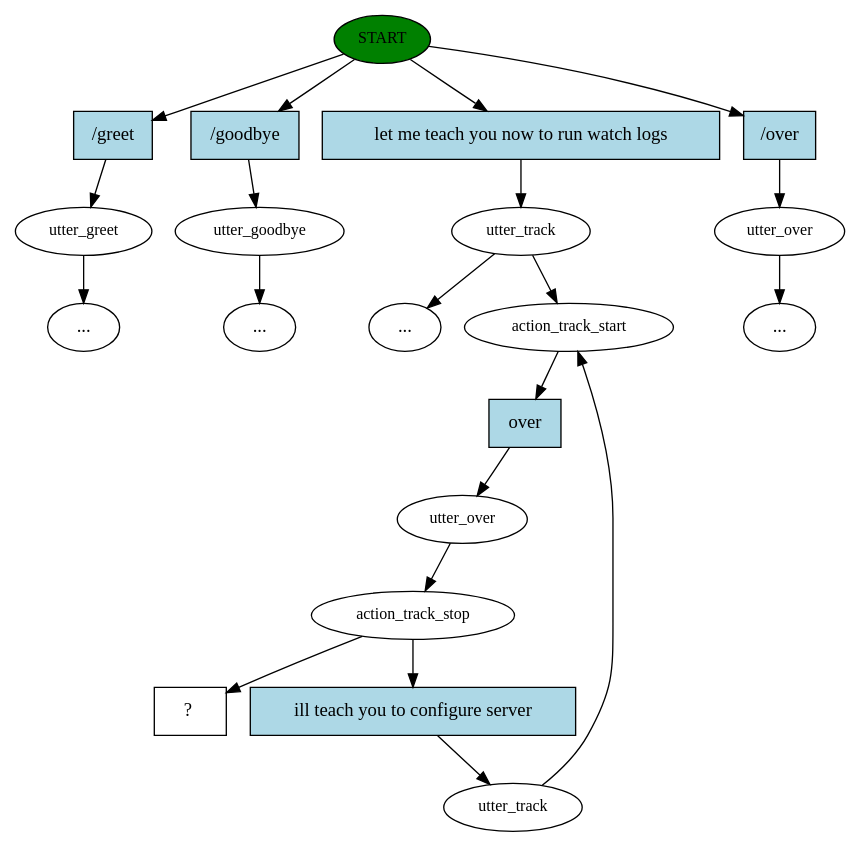
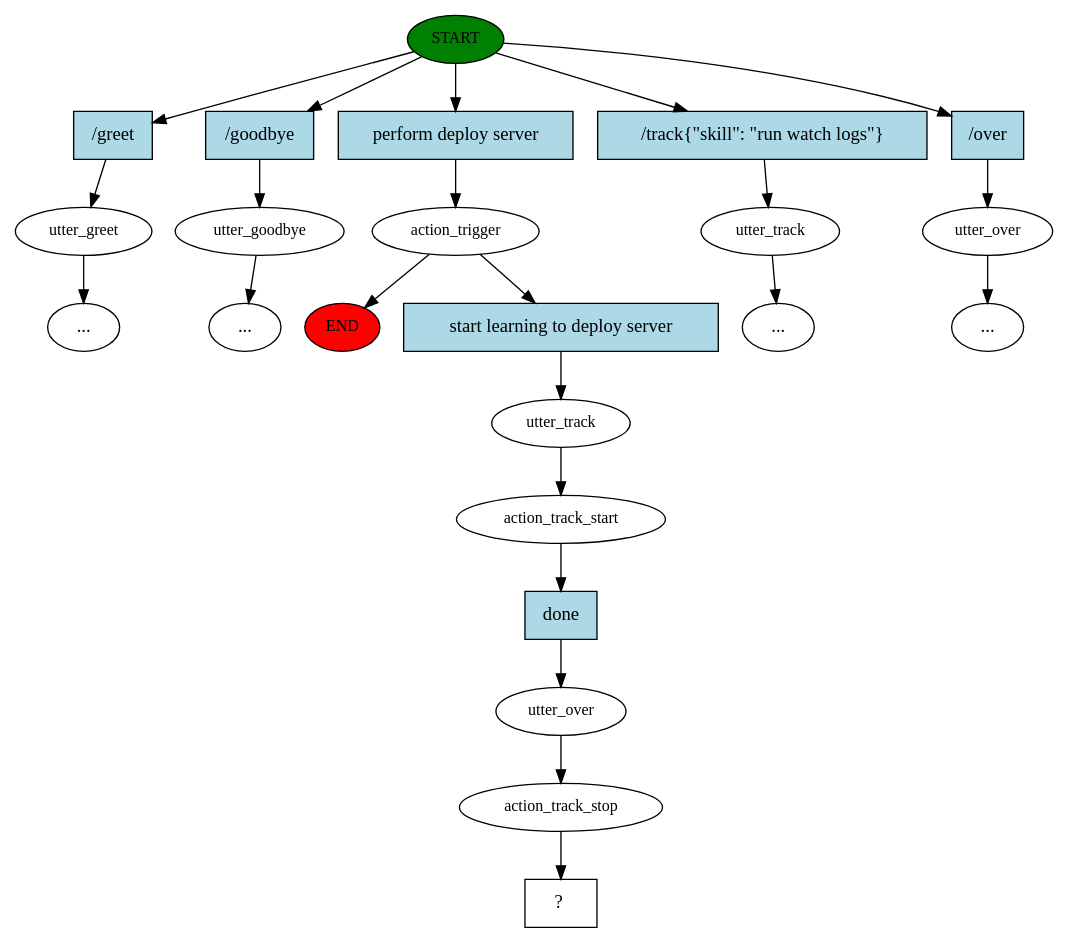
Before and after one commit to Anirudh58/effithon_chatbot: the diagram in story_graph.dot, drawn with Graphviz. The commit also changed 5 other files, not shown here.

```diff
--- a/story_graph.dot
+++ b/story_graph.dot
@@ -1,42 +1,47 @@
 digraph  {
 0 [class="start active", fillcolor=green, fontsize=12, label=START, style=filled];
+"-1" [class=end, fillcolor=red, fontsize=12, label=END, style=filled];
 1 [class="", fontsize=12, label=utter_greet];
 4 [class="", fontsize=12, label=utter_goodbye];
 "-6" [class=ellipsis, label="..."];
-5 [class=active, fontsize=12, label=utter_track];
-"-7" [class=ellipsis, label="..."];
-6 [class="", fontsize=12, label=utter_over];
+5 [class=active, fontsize=12, label=action_trigger];
+6 [class="", fontsize=12, label=utter_track];
+7 [class="", fontsize=12, label=utter_over];
 "-8" [class=ellipsis, label="..."];
 "-9" [class=ellipsis, label="..."];
-9 [class=active, fontsize=12, label=action_track_start];
-10 [class=active, fontsize=12, label=utter_over];
-11 [class=active, fontsize=12, label=action_track_stop];
-12 [class=active, fontsize=12, label=utter_track];
-16 [class="intent dashed active", label="  ?  ", shape=rect];
-17 [class=intent, fillcolor=lightblue, label="/greet", shape=rect, style=filled];
-18 [class=intent, fillcolor=lightblue, label="/goodbye", shape=rect, style=filled];
-19 [class="intent active", fillcolor=lightblue, label="let\ me\ teach\ you\ now\ to\ run\ watch\ logs", shape=rect, style=filled];
+"-10" [class=ellipsis, label="..."];
+11 [class=active, fontsize=12, label=utter_track];
+12 [class=active, fontsize=12, label=action_track_start];
+13 [class=active, fontsize=12, label=utter_over];
+14 [class=active, fontsize=12, label=action_track_stop];
+15 [class="intent dashed active", label="  ?  ", shape=rect];
+16 [class=intent, fillcolor=lightblue, label="/greet", shape=rect, style=filled];
+17 [class=intent, fillcolor=lightblue, label="/goodbye", shape=rect, style=filled];
+18 [class="intent active", fillcolor=lightblue, label="perform\ deploy\ server", shape=rect, style=filled];
+19 [class=intent, fillcolor=lightblue, label="/track\{\"skill\":\ \"run\ watch\ logs\"\}", shape=rect, style=filled];
 20 [class=intent, fillcolor=lightblue, label="/over", shape=rect, style=filled];
-21 [class="intent active", fillcolor=lightblue, label=over, shape=rect, style=filled];
-22 [class="intent active", fillcolor=lightblue, label="ill\ teach\ you\ to\ configure\ server", shape=rect, style=filled];
+21 [class="intent active", fillcolor=lightblue, label="start\ learning\ to\ deploy\ server", shape=rect, style=filled];
+22 [class="intent active", fillcolor=lightblue, label=done, shape=rect, style=filled];
+0 -> 16  [class="", key=0];
 0 -> 17  [class="", key=0];
-0 -> 18  [class="", key=0];
-0 -> 19  [class=active, key=0];
+0 -> 18  [class=active, key=0];
+0 -> 19  [class="", key=0];
 0 -> 20  [class="", key=0];
 1 -> "-9"  [class="", key=NONE, label=""];
 4 -> "-6"  [class="", key=NONE, label=""];
-5 -> "-7"  [class="", key=NONE, label=""];
-5 -> 9  [class=active, key=NONE, label=""];
-6 -> "-8"  [class="", key=NONE, label=""];
-9 -> 21  [class=active, key=0];
-10 -> 11  [class=active, key=NONE, label=""];
-11 -> 16  [class=active, key=NONE, label=""];
-11 -> 22  [class=active, key=0];
-12 -> 9  [class=active, key=NONE, label=""];
-17 -> 1  [class="", key=0];
-18 -> 4  [class="", key=0];
-19 -> 5  [class=active, key=0];
-20 -> 6  [class="", key=0];
-21 -> 10  [class=active, key=0];
-22 -> 12  [class=active, key=0];
+5 -> "-1"  [class="", key=NONE, label=""];
+5 -> 21  [class=active, key=0];
+6 -> "-10"  [class="", key=NONE, label=""];
+7 -> "-8"  [class="", key=NONE, label=""];
+11 -> 12  [class=active, key=NONE, label=""];
+12 -> 22  [class=active, key=0];
+13 -> 14  [class=active, key=NONE, label=""];
+14 -> 15  [class=active, key=NONE, label=""];
+16 -> 1  [class="", key=0];
+17 -> 4  [class="", key=0];
+18 -> 5  [class=active, key=0];
+19 -> 6  [class="", key=0];
+20 -> 7  [class="", key=0];
+21 -> 11  [class=active, key=0];
+22 -> 13  [class=active, key=0];
 }
```
